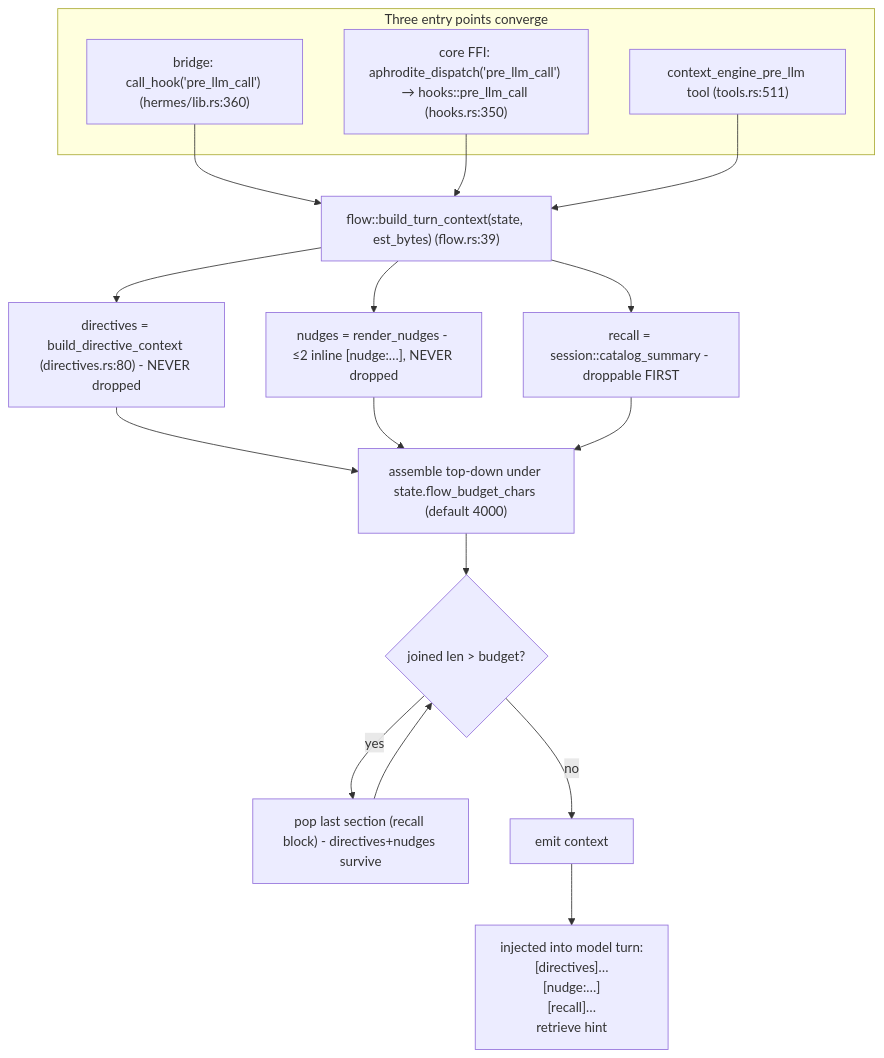
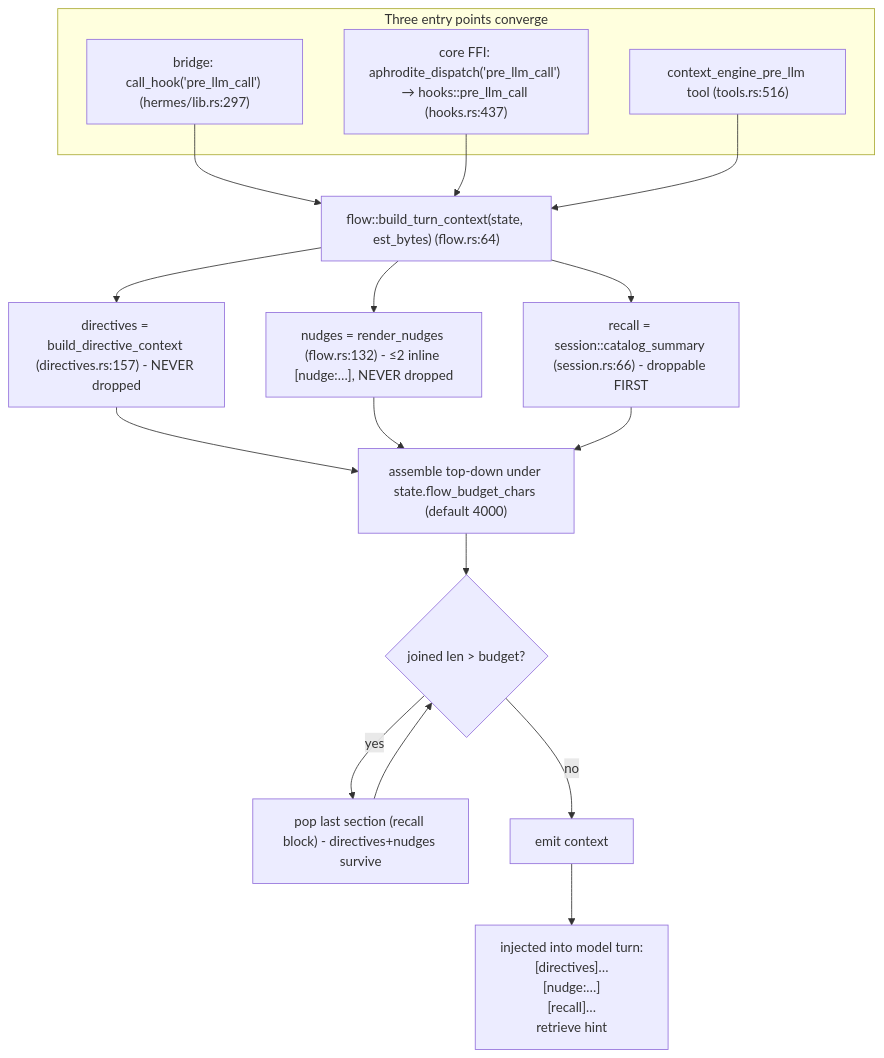
One commit to PlayForm/Aphrodite changed the second of 3 diagrams in .hermes/uml/04-hook-ffi.md. Above: the diagram before and after it, drawn with Mermaid. The commit also changed other lines of this file and 20 other files, not shown here.

````diff
--- a/.hermes/uml/04-hook-ffi.md
+++ b/.hermes/uml/04-hook-ffi.md
@@ -52,22 +75,22 @@
 ```mermaid
 flowchart TD
     subgraph entries["Three entry points converge"]
-      A["bridge: call_hook('pre_llm_call') (hermes/lib.rs:360)"]
-      B["core FFI: aphrodite_dispatch('pre_llm_call') → hooks::pre_llm_call (hooks.rs:350)"]
-      C["context_engine_pre_llm tool (tools.rs:511)"]
+      A["bridge: call_hook('pre_llm_call') (hermes/lib.rs:297)"]
+      B["core FFI: aphrodite_dispatch('pre_llm_call') → hooks::pre_llm_call (hooks.rs:437)"]
+      C["context_engine_pre_llm tool (tools.rs:516)"]
     end
-    A --> D["flow::build_turn_context(state, est_bytes) (flow.rs:39)"]
+    A --> D["flow::build_turn_context(state, est_bytes) (flow.rs:64)"]
     B --> D
     C --> D
-    D --> E["directives = build_directive_context (directives.rs:80) - NEVER dropped"]
-    D --> F["nudges = render_nudges - ≤2 inline [nudge:…], NEVER dropped"]
-    D --> G["recall = session::catalog_summary - droppable FIRST"]
+    D --> E["directives = build_directive_context (directives.rs:157) - NEVER dropped"]
+    D --> F["nudges = render_nudges (flow.rs:132) - ≤2 inline [nudge:…], NEVER dropped"]
+    D --> G["recall = session::catalog_summary (session.rs:66) - droppable FIRST"]
     E --> H["assemble top-down under state.flow_budget_chars (default 4000)"]
     F --> H
     G --> H
     H --> I{"joined len > budget?"}
     I -->|yes| J["pop last section (recall block) - directives+nudges survive"]
     I -->|no| K["emit context"]
     J --> I
-    K --> L["injected into model turn:<br/>[directives]…\n[nudge:…]\n[recall]…\nretrieve hint"]
+    K --> L["injected into model turn:<br/>[directives]…<br/>[nudge:…]<br/>[recall]…<br/>retrieve hint"]
 ```
````
